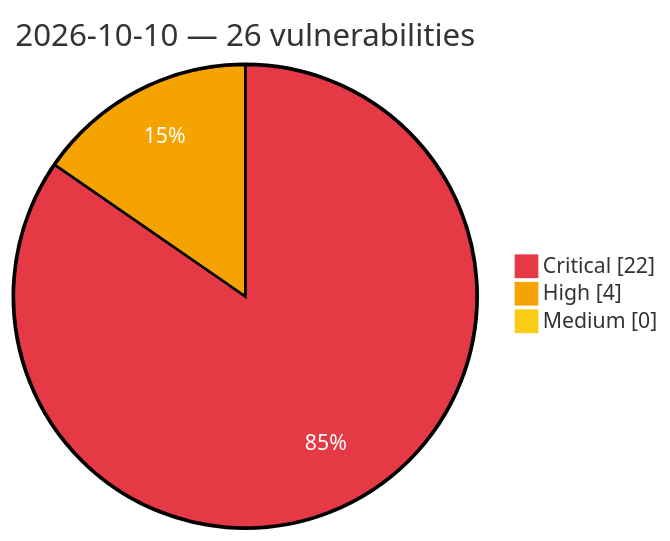
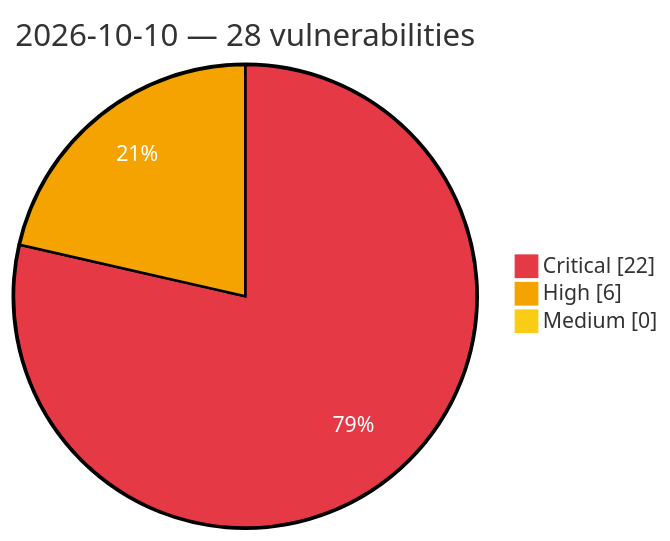
One commit to GhostX0X/vuln-tracker changed the diagram in vulnerabilities/2026/October/2026-10-10.md. Above: the diagram before and after it, drawn with Mermaid. The commit also changed other lines of this file and 5 other files, not shown here.

````diff
--- a/vulnerabilities/2026/October/2026-10-10.md
+++ b/vulnerabilities/2026/October/2026-10-10.md
@@ -3,8 +3,8 @@
 ```mermaid
 %%{init: {'theme':'base', 'themeVariables': {'pie1':'#e63946', 'pie2':'#f4a300', 'pie3':'#facc15', 'pieOpacity':'1', 'pieOuterStrokeWidth':'2px', 'pieSectionTextColor':'#ffffff'}}}%%
 pie showData
-    title 2026-10-10 — 26 vulnerabilities
+    title 2026-10-10 — 28 vulnerabilities
     "Critical" : 22
-    "High" : 4
+    "High" : 6
     "Medium" : 0
 ```
````
